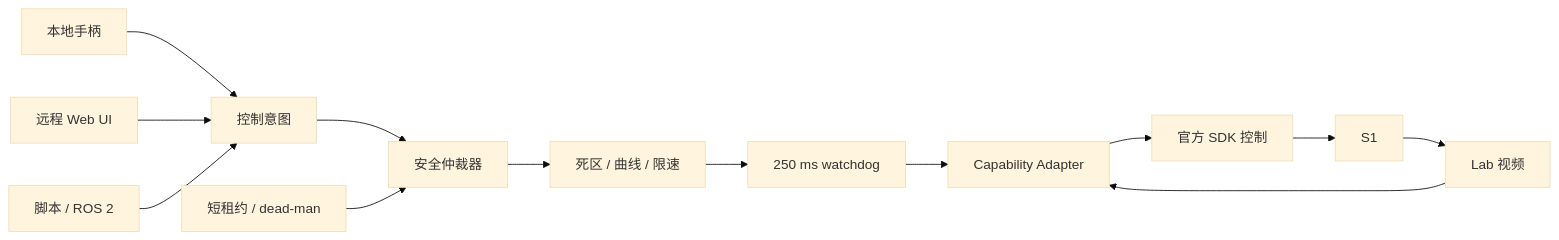
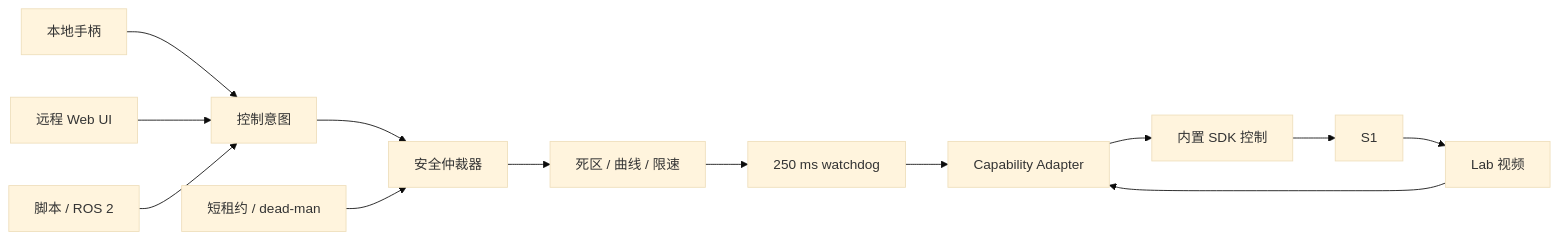
One commit to elonzh/hanppie changed the eighth of 8 diagrams in docs/architecture.md. Above: the diagram before and after it, drawn with Mermaid (base theme). The commit also changed other lines of this file and 49 other files, not shown here.

````diff
--- a/docs/architecture.md
+++ b/docs/architecture.md
@@ -619,24 +621,24 @@
 ```mermaid
 flowchart LR
     GAMEPAD["本地手柄"]
     WEB["远程 Web UI"]
     AUTO["脚本 / ROS 2"]
     INTENT["控制意图"]
     ARBITER["安全仲裁器"]
     LEASE["短租约 / dead-man"]
     LIMIT["死区 / 曲线 / 限速"]
     WATCHDOG["250 ms watchdog"]
     ADAPTER["Capability Adapter"]
-    CTRL["官方 SDK 控制"]
+    CTRL["内置 SDK 控制"]
     VIDEO["Lab 视频"]
     S1["S1"]
 
     GAMEPAD --> INTENT
     WEB --> INTENT
     AUTO --> INTENT
     INTENT --> ARBITER
     LEASE --> ARBITER
     ARBITER --> LIMIT --> WATCHDOG --> ADAPTER
     ADAPTER --> CTRL --> S1
     S1 --> VIDEO --> ADAPTER
 ```
````
